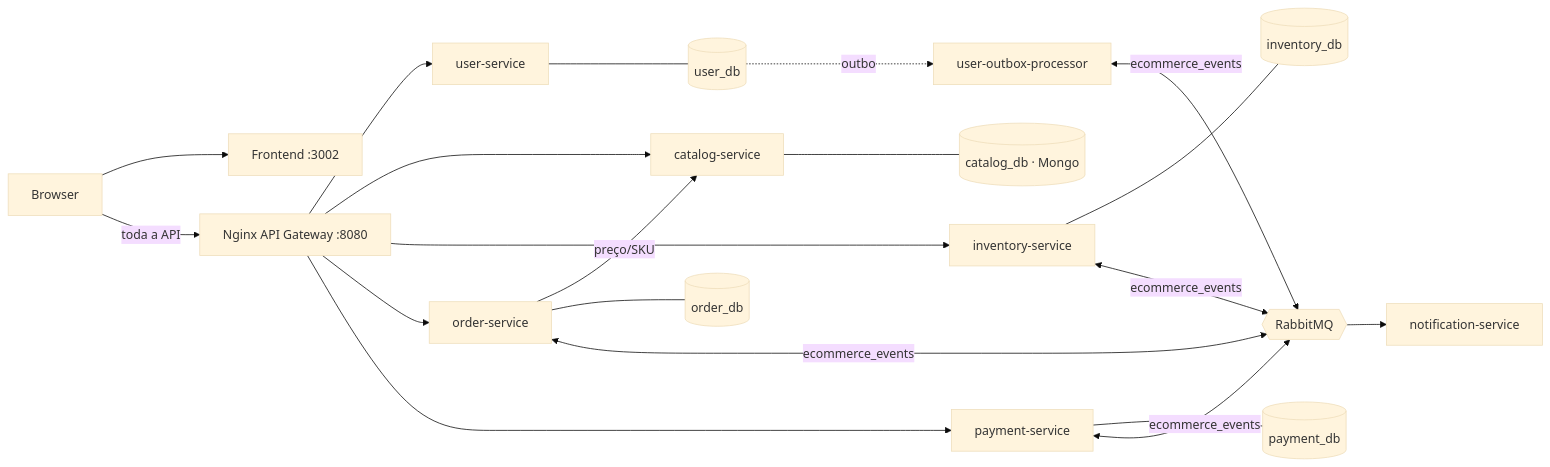
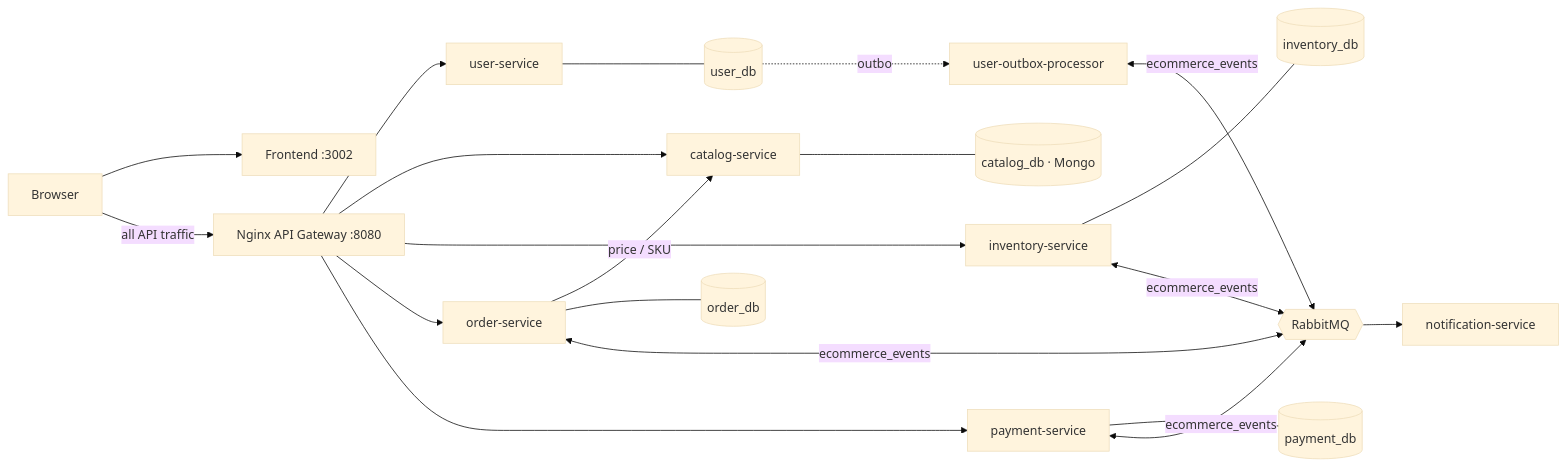
Before and after one commit to luxuz24/meu-ecommerce-distribuido: the diagram in README.md, drawn with Mermaid (base theme). The commit also changed other lines of this file and 4 other files, not shown here.

````diff
--- a/README.md
+++ b/README.md
@@ -26,15 +42,15 @@
 ```mermaid
 flowchart LR
     B[Browser] --> F[Frontend :3002]
-    B -->|toda a API| G[Nginx API Gateway :8080]
+    B -->|all API traffic| G[Nginx API Gateway :8080]
     G --> U[user-service] & C[catalog-service] & I[inventory-service] & O[order-service] & P[payment-service]
-    O -->|preço/SKU| C
+    O -->|price / SKU| C
     U --- UDB[(user_db)]
     C --- CDB[(catalog_db · Mongo)]
     I --- IDB[(inventory_db)]
     O --- ODB[(order_db)]
     P --- PDB[(payment_db)]
     UDB -.outbox.-> UOP[user-outbox-processor]
     UOP & I & O & P <-->|ecommerce_events| R{{RabbitMQ}}
     R --> N[notification-service]
 ```
````
